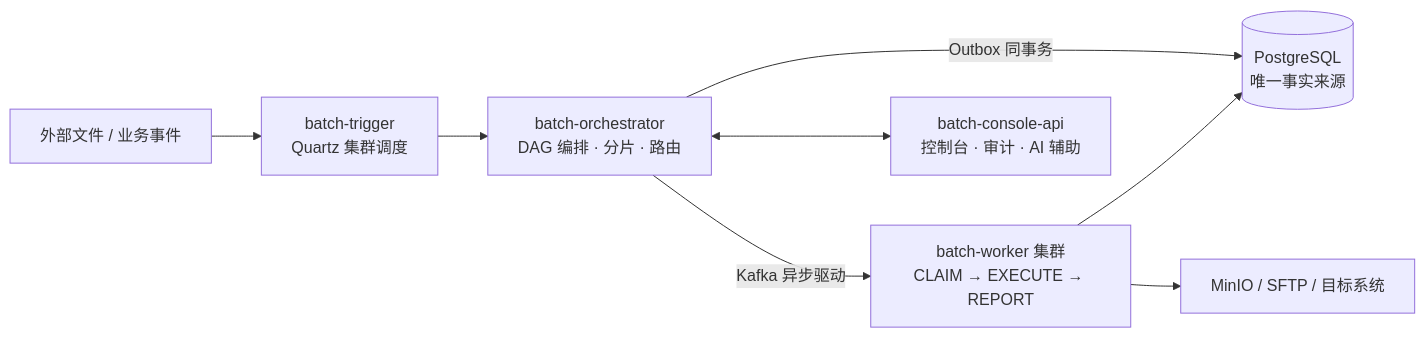
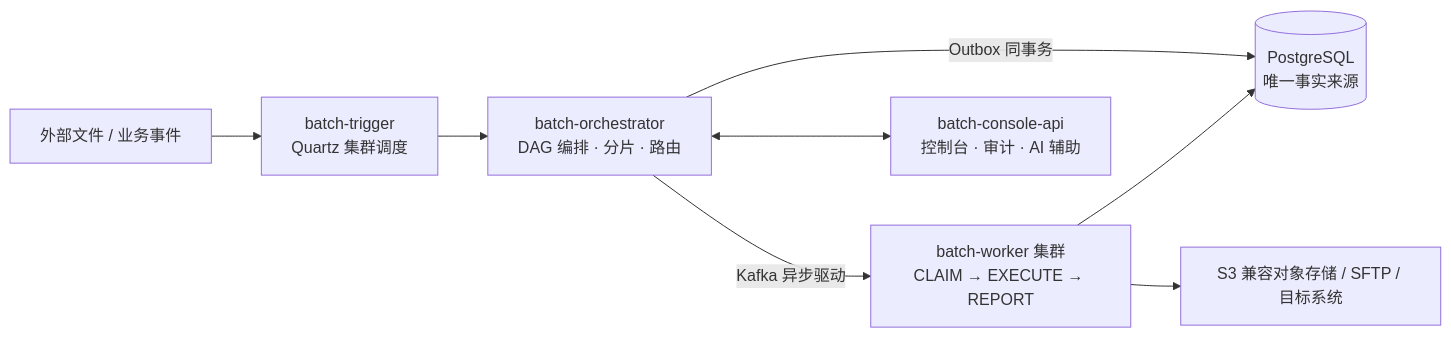
The diagram in README.md (pinpols/file-batch-system), drawn with Mermaid before and after one commit. The commit also changed other lines of this file and 4 other files, not shown here.

````diff
--- a/README.md
+++ b/README.md
@@ -54,10 +54,10 @@
 ```mermaid
 flowchart LR
     S[外部文件 / 业务事件] --> T[batch-trigger<br/>Quartz 集群调度]
     T --> O[batch-orchestrator<br/>DAG 编排 · 分片 · 路由]
     O -->|Outbox 同事务| DB[(PostgreSQL<br/>唯一事实来源)]
     O -->|Kafka 异步驱动| W[batch-worker 集群<br/>CLAIM → EXECUTE → REPORT]
     W --> DB
-    W --> X[MinIO / SFTP / 目标系统]
+    W --> X[S3 兼容对象存储 / SFTP / 目标系统]
     O <--> C[batch-console-api<br/>控制台 · 审计 · AI 辅助]
 ```
````
